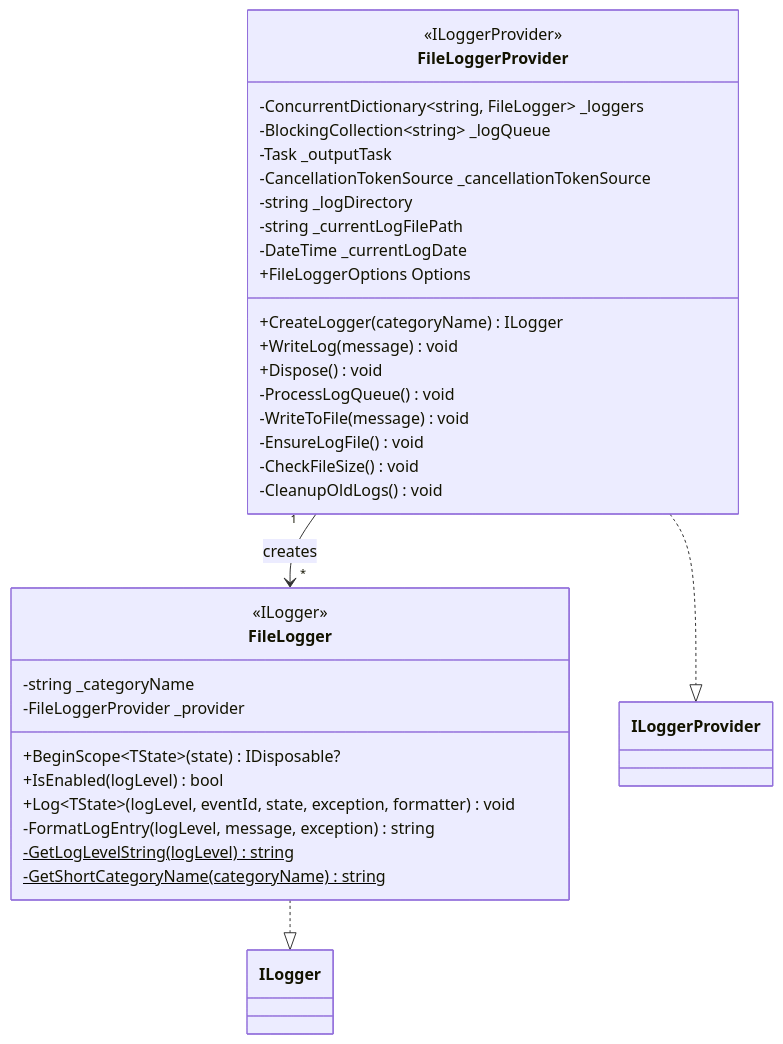
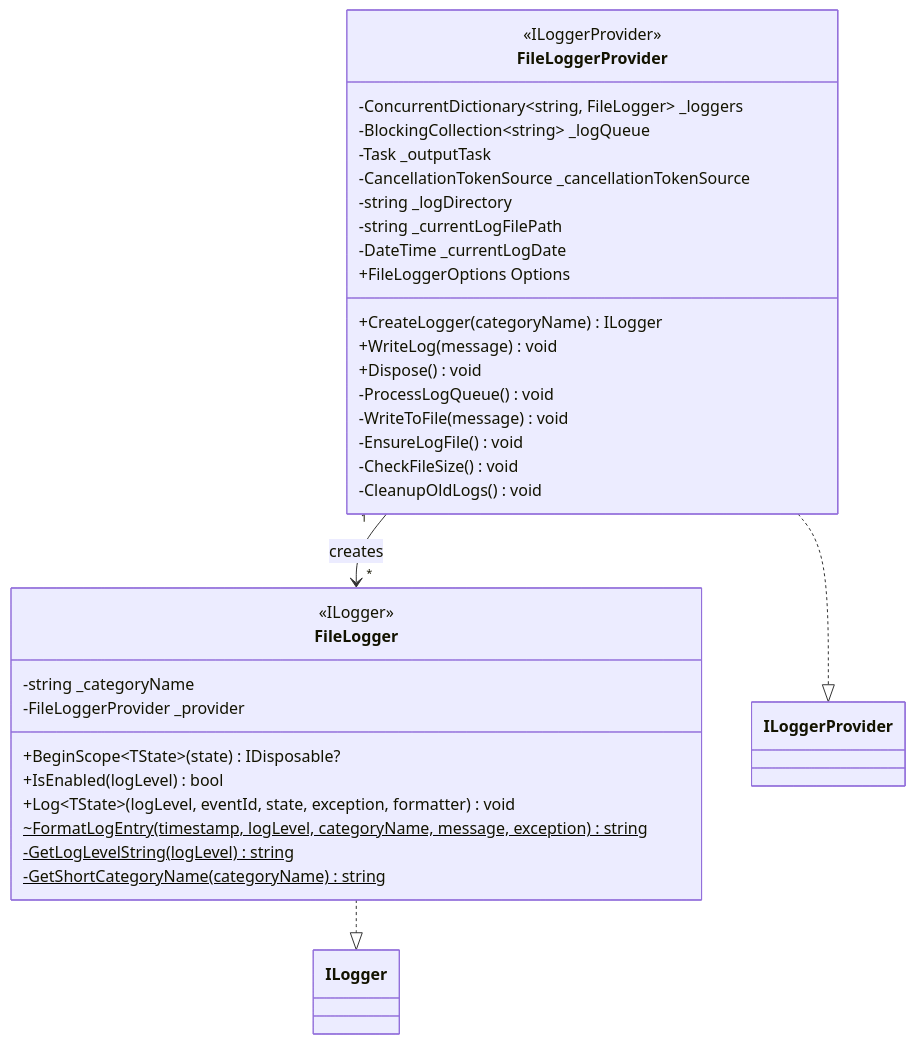
Before and after one commit to kuwayamamasayuki/ICCardManager: diagram 42 of 54 in ICCardManager/docs/design/05_クラス設計書.md, drawn with Mermaid. The commit also changed other lines of this file and 4 other files, not shown here.

````diff
--- a/ICCardManager/docs/design/05_クラス設計書.md
+++ b/ICCardManager/docs/design/05_クラス設計書.md
@@ -2932,38 +2932,38 @@
 ```mermaid
 classDiagram
     class FileLoggerProvider {
         <<ILoggerProvider>>
         -ConcurrentDictionary~string, FileLogger~ _loggers
         -BlockingCollection~string~ _logQueue
         -Task _outputTask
         -CancellationTokenSource _cancellationTokenSource
         -string _logDirectory
         -string _currentLogFilePath
         -DateTime _currentLogDate
         +FileLoggerOptions Options
         +CreateLogger(categoryName) ILogger
         +WriteLog(message) void
         +Dispose() void
         -ProcessLogQueue() void
         -WriteToFile(message) void
         -EnsureLogFile() void
         -CheckFileSize() void
         -CleanupOldLogs() void
     }
 
     class FileLogger {
         <<ILogger>>
         -string _categoryName
         -FileLoggerProvider _provider
         +BeginScope~TState~(state) IDisposable?
         +IsEnabled(logLevel) bool
         +Log~TState~(logLevel, eventId, state, exception, formatter) void
-        -FormatLogEntry(logLevel, message, exception) string
+        ~FormatLogEntry(timestamp, logLevel, categoryName, message, exception)$ string
         -GetLogLevelString(logLevel)$ string
         -GetShortCategoryName(categoryName)$ string
     }
 
     FileLoggerProvider ..|> ILoggerProvider
     FileLogger ..|> ILogger
     FileLoggerProvider "1" --> "*" FileLogger : creates
 ```
````
